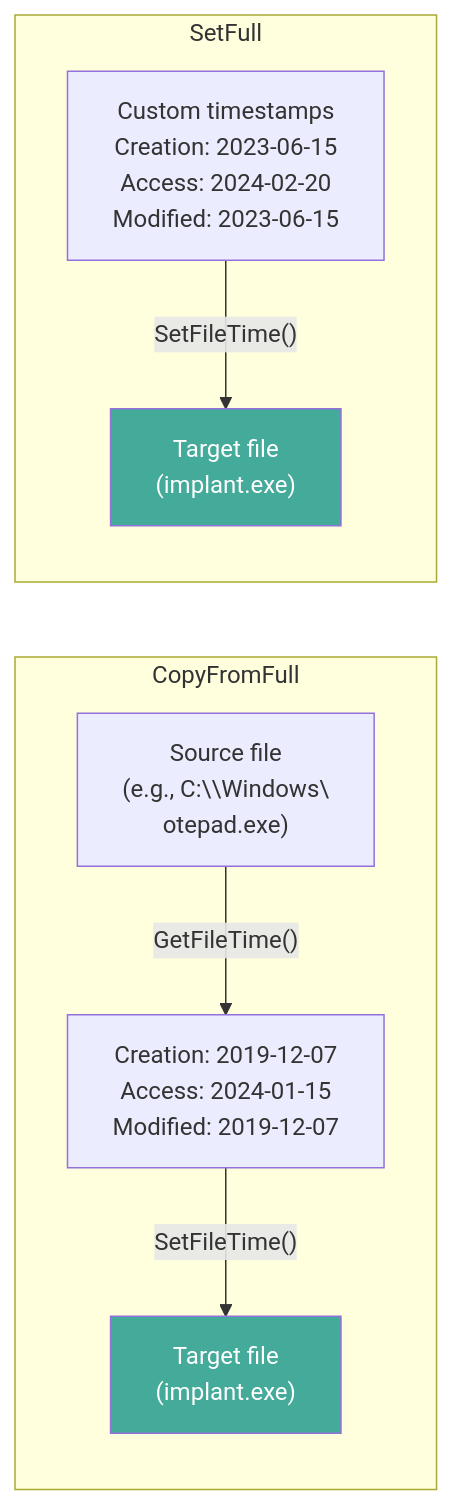
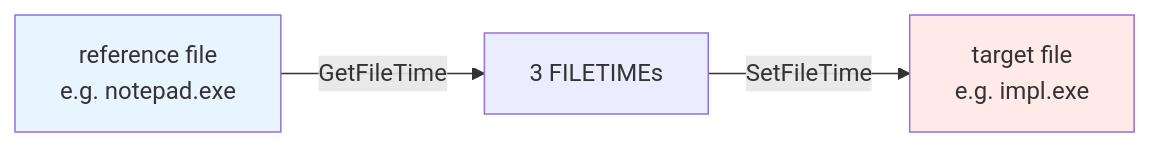
Before and after one commit to oioio-space/maldev: the diagram in docs/techniques/cleanup/timestomp.md, drawn with Mermaid. The commit also changed other lines of this file and 22 other files, not shown here.

````diff
--- a/docs/techniques/cleanup/timestomp.md
+++ b/docs/techniques/cleanup/timestomp.md
@@ -22,16 +38,10 @@
 ```mermaid
 flowchart LR
-    subgraph "CopyFromFull"
-        SRC["Source file\n(e.g., C:\\Windows\\notepad.exe)"]
-        SRC -->|"GetFileTime()"| TIMES["Creation: 2019-12-07\nAccess: 2024-01-15\nModified: 2019-12-07"]
-        TIMES -->|"SetFileTime()"| DST["Target file\n(implant.exe)"]
-    end
+    SRC["reference file<br/>e.g. notepad.exe"] -->|"GetFileTime"| TIMES["3 FILETIMEs"]
+    TIMES -->|"SetFileTime"| DST["target file<br/>e.g. impl.exe"]
 
-    subgraph "SetFull"
-        CUSTOM["Custom timestamps\nCreation: 2023-06-15\nAccess: 2024-02-20\nModified: 2023-06-15"]
-        CUSTOM -->|"SetFileTime()"| DST2["Target file\n(implant.exe)"]
-    end
-
-    style DST fill:#4a9,color:#fff
-    style DST2 fill:#4a9,color:#fff
+    classDef ref fill:#e8f4ff
+    classDef tgt fill:#ffeae8
+    class SRC ref
+    class DST tgt
 ```
````
